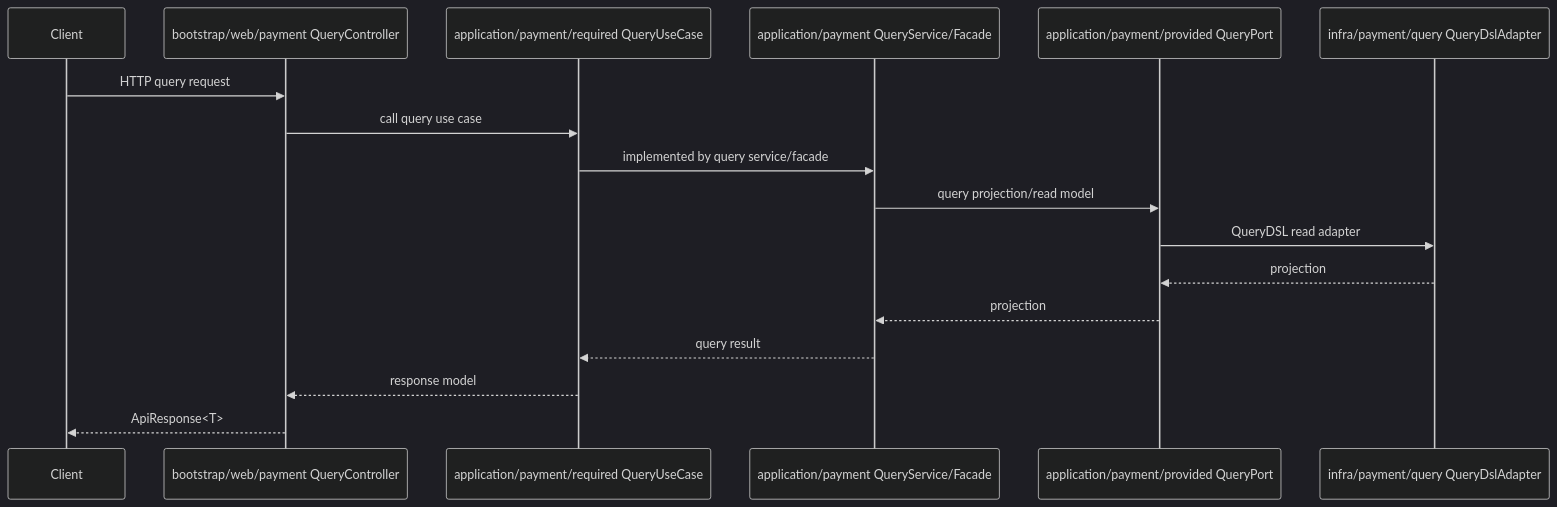
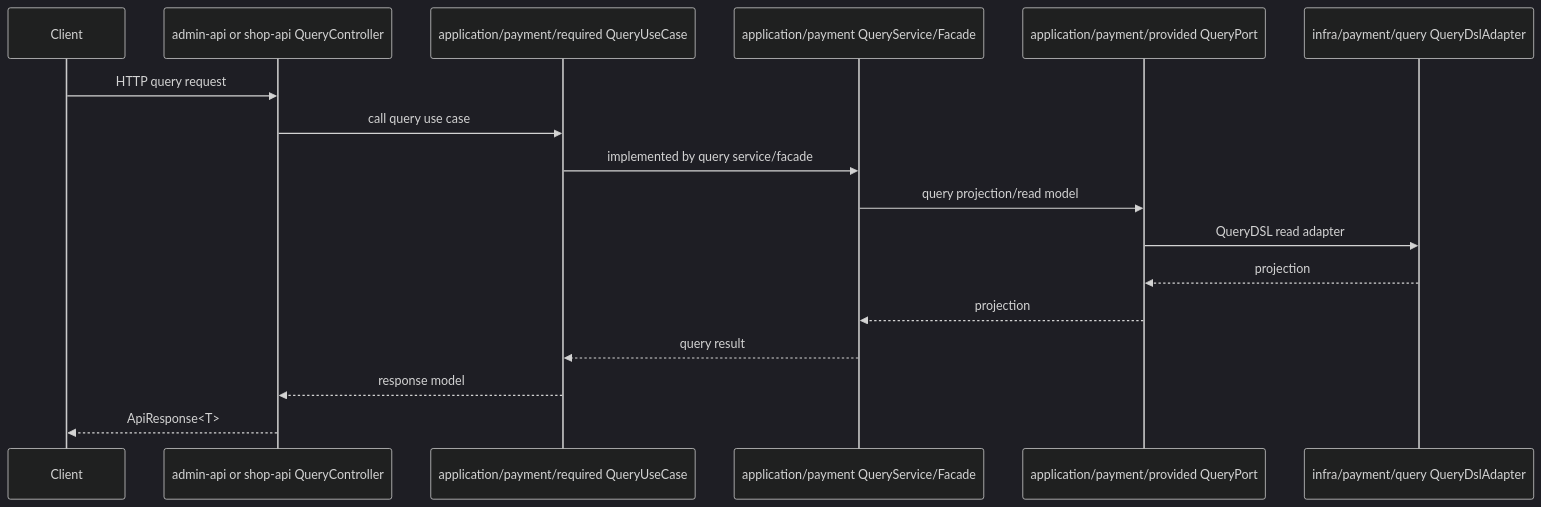
One commit to jihaneol/-_- changed the fourth of 5 diagrams in docs/how/07-architecture-diagram.md. Above: the diagram before and after it, drawn with Mermaid (dark theme). The commit also changed other lines of this file and 62 other files, not shown here.

Commit message:
feat: admin shop API 런타임 분리

````diff
--- a/docs/how/07-architecture-diagram.md
+++ b/docs/how/07-architecture-diagram.md
@@ -92,20 +102,20 @@
 ```mermaid
 sequenceDiagram
     participant Client
-    participant Controller as bootstrap/web/payment QueryController
+    participant Controller as admin-api or shop-api QueryController
     participant Required as application/payment/required QueryUseCase
     participant Service as application/payment QueryService/Facade
     participant Provided as application/payment/provided QueryPort
     participant QueryDsl as infra/payment/query QueryDslAdapter
 
     Client->>Controller: HTTP query request
     Controller->>Required: call query use case
     Required->>Service: implemented by query service/facade
     Service->>Provided: query projection/read model
     Provided->>QueryDsl: QueryDSL read adapter
     QueryDsl-->>Provided: projection
     Provided-->>Service: projection
     Service-->>Required: query result
     Required-->>Controller: response model
     Controller-->>Client: ApiResponse<T>
 ```
````
